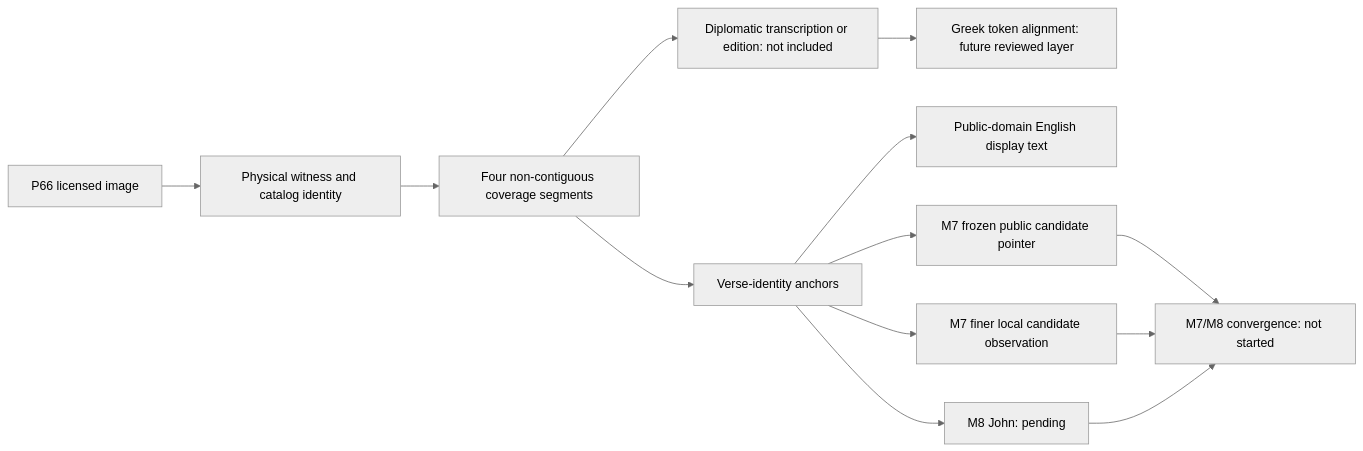
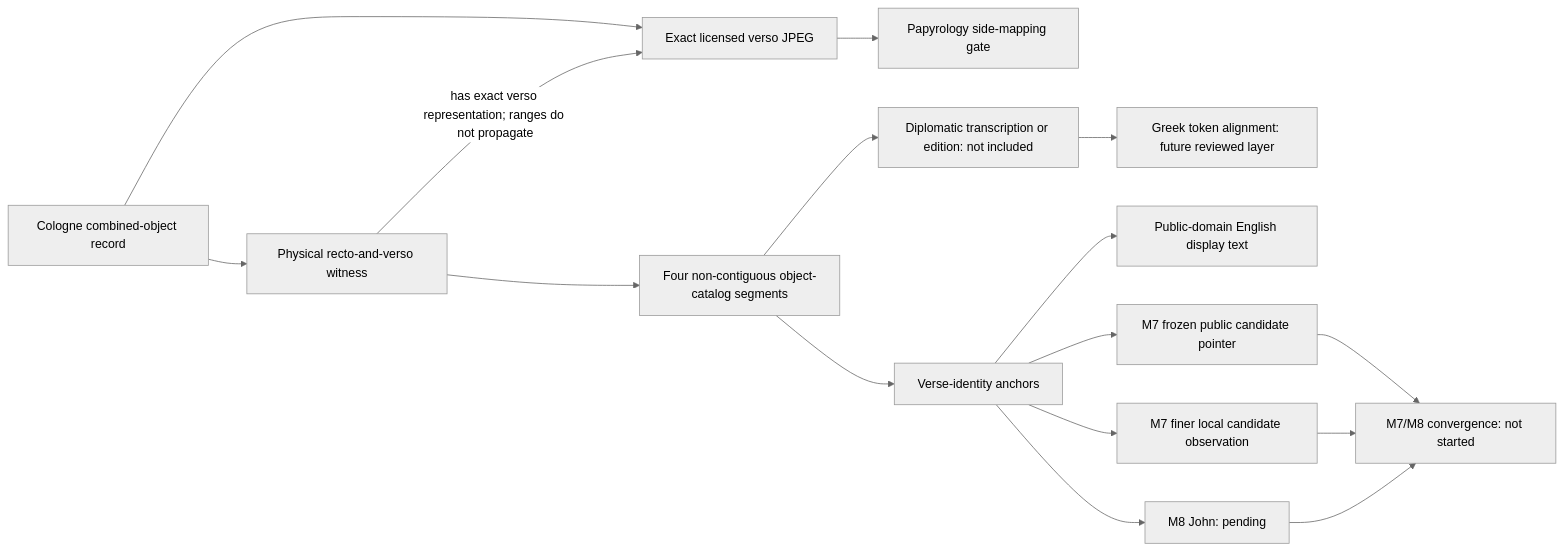
Before and after one commit to lowelltwong-alt/logos-governance-architecture: the first of 3 diagrams in docs/roadmap/logos-stewardship-architecture-buildout/revisions/biblical-evidence-demonstration-v1/README.md, drawn with Mermaid (neutral theme). The commit also changed other lines of this file and 140 other files, not shown here.

````diff
--- a/docs/roadmap/logos-stewardship-architecture-buildout/revisions/biblical-evidence-demonstration-v1/README.md
+++ b/docs/roadmap/logos-stewardship-architecture-buildout/revisions/biblical-evidence-demonstration-v1/README.md
@@ -49,13 +52,16 @@
 ```mermaid
 flowchart LR
-    IMG[P66 licensed image] --> OBJ[Physical witness and catalog identity]
-    OBJ --> SEG[Four non-contiguous coverage segments]
+    SRC[Cologne combined-object record] --> OBJ[Physical recto-and-verso witness]
+    SRC --> IMG[Exact licensed verso JPEG]
+    OBJ -->|has exact verso representation; ranges do not propagate| IMG
+    OBJ --> SEG[Four non-contiguous object-catalog segments]
+    IMG --> PG[Papyrology side-mapping gate]
     SEG --> TX[Diplomatic transcription or edition: not included]
     TX --> GR[Greek token alignment: future reviewed layer]
     SEG --> V[Verse-identity anchors]
     V --> EN[Public-domain English display text]
     V --> M7P[M7 frozen public candidate pointer]
     V --> M7L[M7 finer local candidate observation]
     V --> M8[M8 John: pending]
     M7P & M7L & M8 --> C[M7/M8 convergence: not started]
 ```
````
